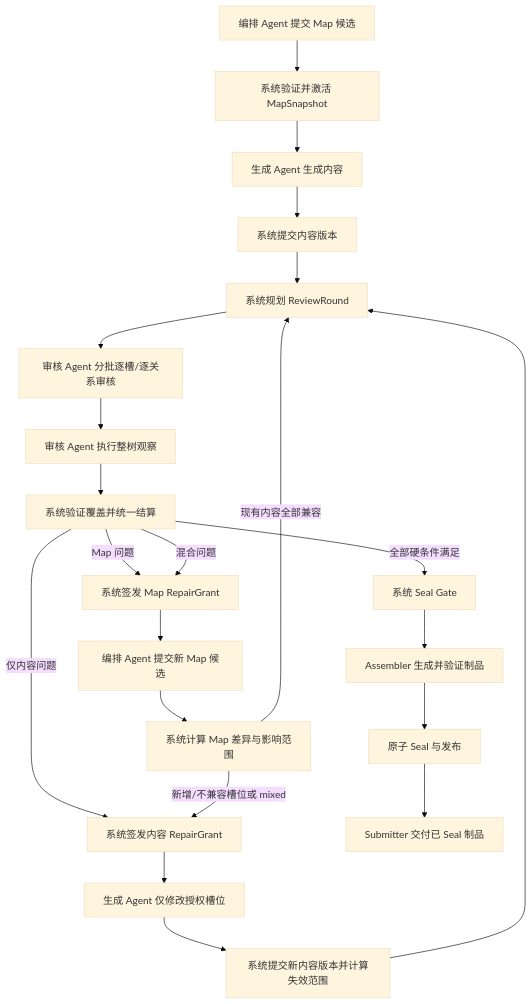
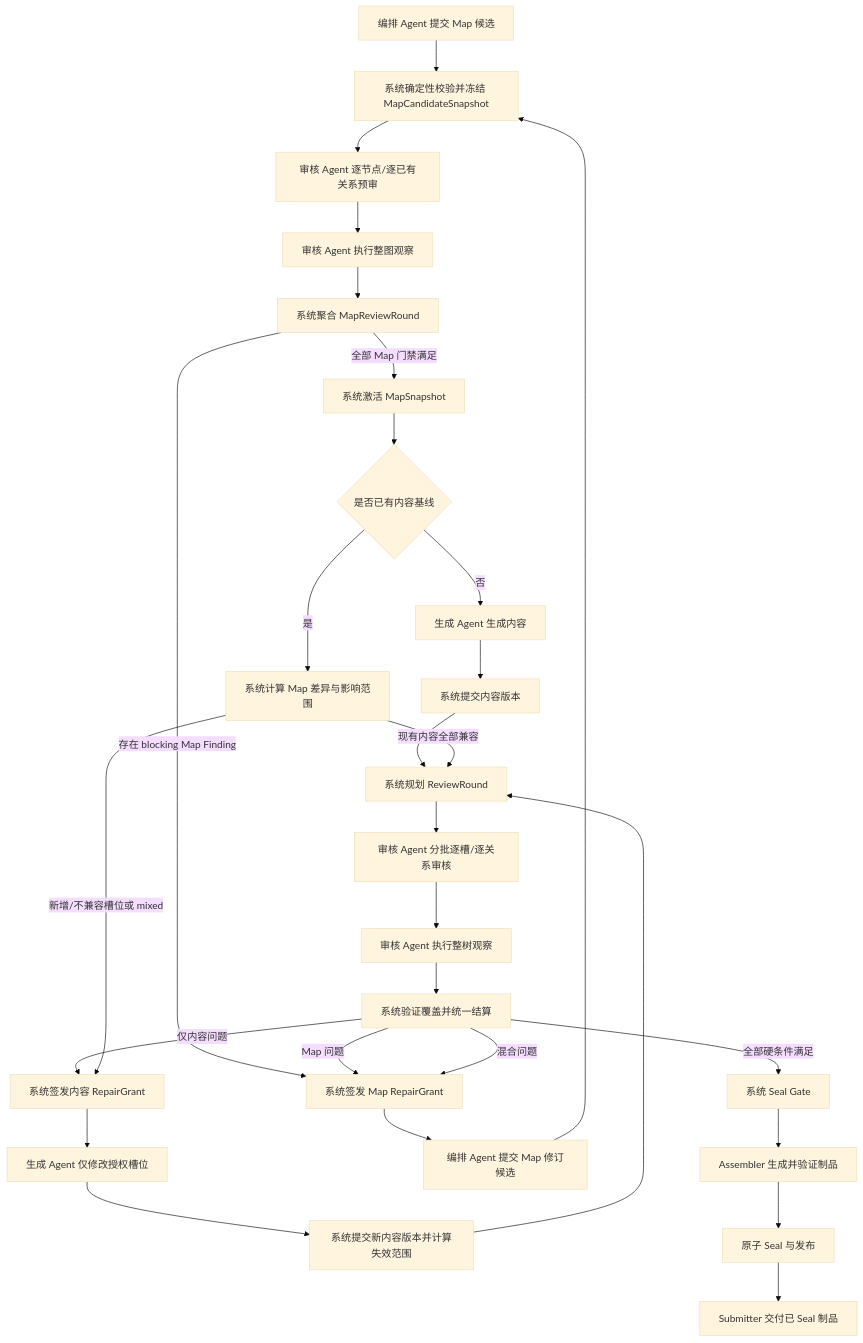
One commit to lzyscg/Forge-core changed the diagram in docs/superpowers/specs/2026-08-13-authoritative-per-slot-review-lifecycle-design.md. Above: the diagram before and after it, drawn with Mermaid (base theme). The commit also changed other lines of this file, not shown here.

Commit message:
docs: revise structured map review lifecycle

````diff
--- a/docs/superpowers/specs/2026-08-13-authoritative-per-slot-review-lifecycle-design.md
+++ b/docs/superpowers/specs/2026-08-13-authoritative-per-slot-review-lifecycle-design.md
@@ -98,24 +107,31 @@
 ```mermaid
 flowchart TD
-    A["编排 Agent 提交 Map 候选"] --> B["系统验证并激活 MapSnapshot"]
-    B --> C["生成 Agent 生成内容"]
+    A["编排 Agent 提交 Map 候选"] --> B["系统确定性校验并冻结 MapCandidateSnapshot"]
+    B --> C0["审核 Agent 逐节点/逐已有关系预审"]
+    C0 --> C1["审核 Agent 执行整图观察"]
+    C1 --> C2["系统聚合 MapReviewRound"]
+    C2 -->|"存在 blocking Map Finding"| J["系统签发 Map RepairGrant"]
+    C2 -->|"全部 Map 门禁满足"| B2["系统激活 MapSnapshot"]
+    B2 --> B3{"是否已有内容基线"}
+    B3 -->|"否"| C["生成 Agent 生成内容"]
     C --> D["系统提交内容版本"]
     D --> E["系统规划 ReviewRound"]
     E --> F["审核 Agent 分批逐槽/逐关系审核"]
     F --> G["审核 Agent 执行整树观察"]
     G --> H["系统验证覆盖并统一结算"]
     H -->|"仅内容问题"| I["系统签发内容 RepairGrant"]
-    H -->|"Map 问题"| J["系统签发 Map RepairGrant"]
+    H -->|"Map 问题"| J
     H -->|"混合问题"| J
     I --> K["生成 Agent 仅修改授权槽位"]
-    J --> L["编排 Agent 提交新 Map 候选"]
-    L --> M["系统计算 Map 差异与影响范围"]
+    J --> L["编排 Agent 提交 Map 修订候选"]
+    L --> B
+    B3 -->|"是"| M["系统计算 Map 差异与影响范围"]
     M -->|"现有内容全部兼容"| E
     M -->|"新增/不兼容槽位或 mixed"| I
     K --> N["系统提交新内容版本并计算失效范围"]
     N --> E
     H -->|"全部硬条件满足"| O["系统 Seal Gate"]
     O --> P["Assembler 生成并验证制品"]
     P --> Q["原子 Seal 与发布"]
     Q --> R["Submitter 交付已 Seal 制品"]
 ```
````
